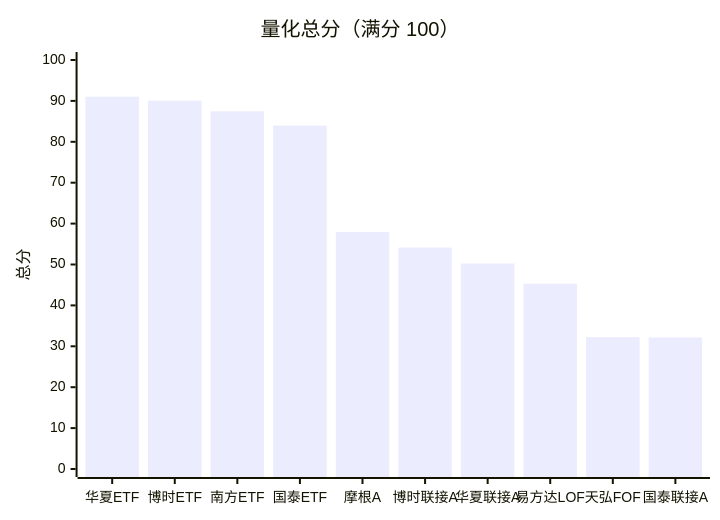
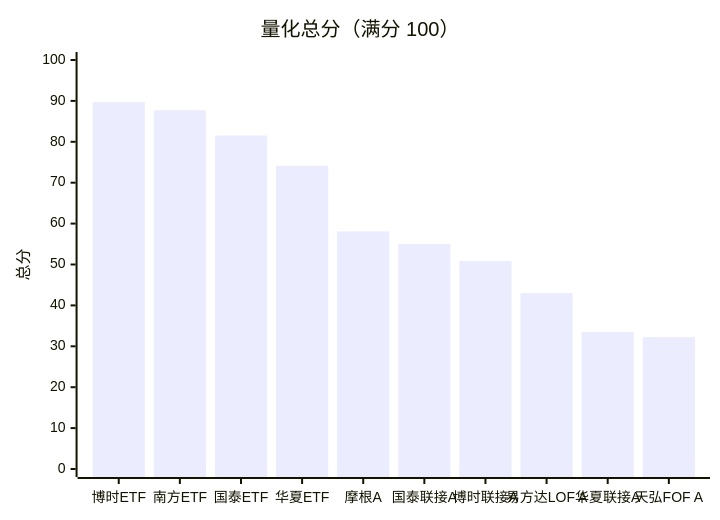
One commit to SayangChun/sp500-cn-comparison changed the second of 2 diagrams in README.md. Above: the diagram before and after it, drawn with Mermaid. The commit also changed other lines of this file and 59 other files, not shown here.

````diff
--- a/README.md
+++ b/README.md
@@ -71,7 +110,7 @@
 ```mermaid
 xychart-beta
     title "量化总分（满分 100）"
-    x-axis ["华夏ETF","博时ETF","南方ETF","国泰ETF","摩根A","博时联接A","华夏联接A","易方达LOF","天弘FOF","国泰联接A"]
+    x-axis ["博时ETF","南方ETF","国泰ETF","华夏ETF","摩根A","国泰联接A","博时联接A","易方达LOF A","华夏联接A","天弘FOF A"]
     y-axis "总分" 0 --> 100
-    bar [91.04, 90.08, 87.45, 83.98, 57.95, 54.14, 50.24, 45.31, 32.24, 32.17]
+    bar [89.70, 87.73, 81.54, 74.14, 58.09, 55.00, 50.86, 43.00, 33.54, 32.24]
 ```
````
